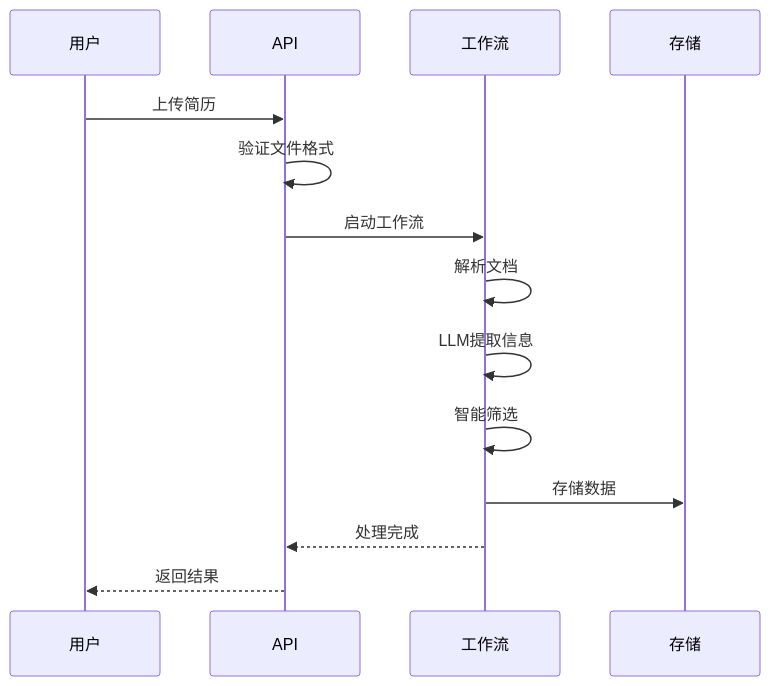
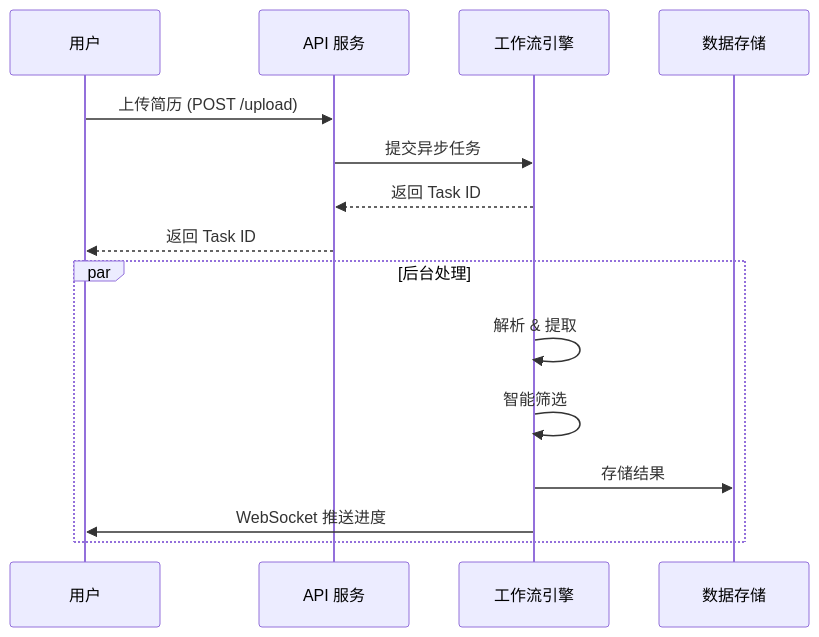
Before and after one commit to xt765/ResumeScreening: the fifth of 8 diagrams in docs/api.md, drawn with Mermaid. The commit also changed other lines of this file and 5 other files, not shown here.

Commit message:
refactor: remove similarity score and update documentation diagrams

````diff
--- a/docs/api.md
+++ b/docs/api.md
@@ -322,17 +307,19 @@
 ```mermaid
 sequenceDiagram
-    participant U as 用户
-    participant A as API
-    participant W as 工作流
-    participant S as 存储
+    participant User as 用户
+    participant API as API 服务
+    participant Workflow as 工作流引擎
+    participant Storage as 数据存储
     
-    U->>A: 上传简历
-    A->>A: 验证文件格式
-    A->>W: 启动工作流
-    W->>W: 解析文档
-    W->>W: LLM提取信息
-    W->>W: 智能筛选
-    W->>S: 存储数据
-    W-->>A: 处理完成
-    A-->>U: 返回结果
+    User->>API: 上传简历 (POST /upload)
+    API->>Workflow: 提交异步任务
+    Workflow-->>API: 返回 Task ID
+    API-->>User: 返回 Task ID
+    
+    par 后台处理
+        Workflow->>Workflow: 解析 & 提取
+        Workflow->>Workflow: 智能筛选
+        Workflow->>Storage: 存储结果
+        Workflow->>User: WebSocket 推送进度
+    end
 ```
````
